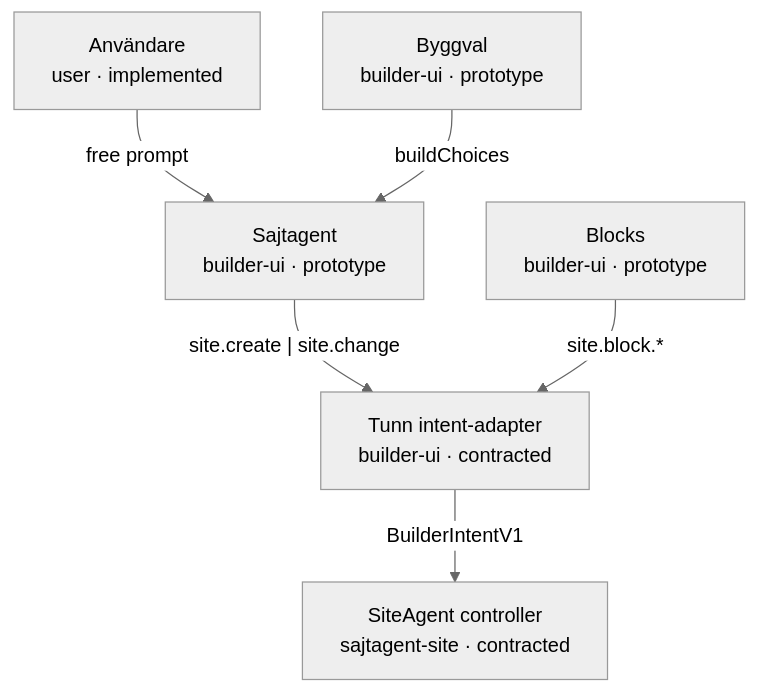
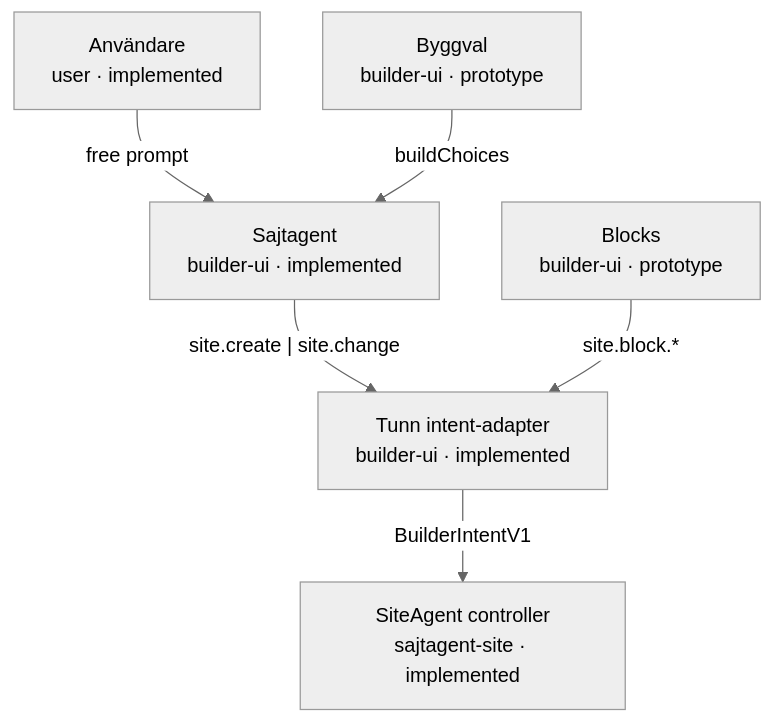
One commit to Jakeminator123/sajtagent-site changed the first of 2 diagrams in docs/card-flow.md. Above: the diagram before and after it, drawn with Mermaid (neutral theme). The commit also changed other lines of this file and 40 other files, not shown here.

````diff
--- a/docs/card-flow.md
+++ b/docs/card-flow.md
@@ -9,14 +9,14 @@
 ```mermaid
 flowchart TB
     n_user_intent["Användare<br/>user · implemented"]
-    n_card_agent["Sajtagent<br/>builder-ui · prototype"]
+    n_card_agent["Sajtagent<br/>builder-ui · implemented"]
     n_user_intent -->|"free prompt"| n_card_agent
     n_card_choices["Byggval<br/>builder-ui · prototype"]
     n_card_choices -->|"buildChoices"| n_card_agent
-    n_ui_intent_adapter["Tunn intent-adapter<br/>builder-ui · contracted"]
+    n_ui_intent_adapter["Tunn intent-adapter<br/>builder-ui · implemented"]
     n_card_agent -->|"site.create | site.change"| n_ui_intent_adapter
     n_card_blocks["Blocks<br/>builder-ui · prototype"]
     n_card_blocks -->|"site.block.*"| n_ui_intent_adapter
-    n_product_controller["SiteAgent controller<br/>sajtagent-site · contracted"]
+    n_product_controller["SiteAgent controller<br/>sajtagent-site · implemented"]
     n_ui_intent_adapter -->|"BuilderIntentV1"| n_product_controller
 ```
````
